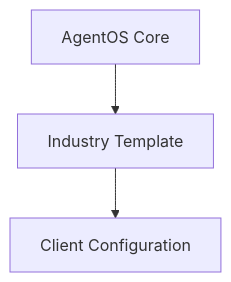
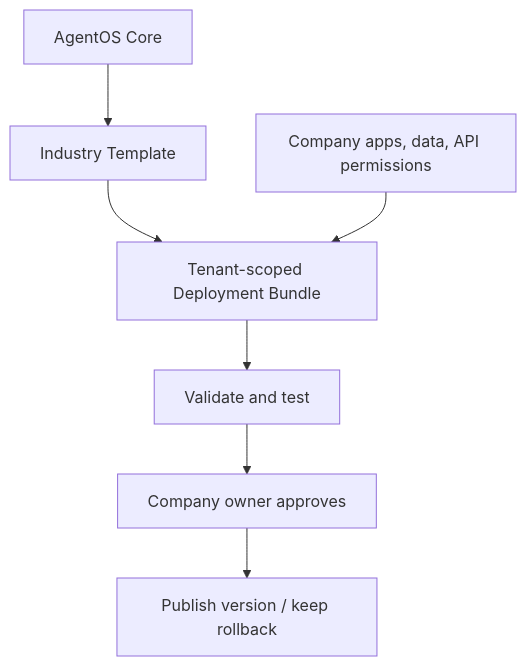
The second of 2 diagrams in plans/product-and-packaging.md (phongka79d/agent_solution), drawn with Mermaid before and after one commit. The commit also changed other lines of this file and 15 other files, not shown here.

First line of the commit message:
Enhance documentation across multiple modules with detailed sales flow, glossary, and API integration updates

````diff
--- a/plans/product-and-packaging.md
+++ b/plans/product-and-packaging.md
@@ -71,5 +79,9 @@
 ```mermaid
 flowchart TD
     Core["AgentOS Core"] --> Template["Industry Template"]
-    Template --> Client["Client Configuration"]
+    Template --> Bundle["Tenant-scoped Deployment Bundle"]
+    Company["Company apps, data, API permissions"] --> Bundle
+    Bundle --> Validate["Validate and test"]
+    Validate --> Approve["Company owner approves"]
+    Approve --> Publish["Publish version / keep rollback"]
 ```
````
